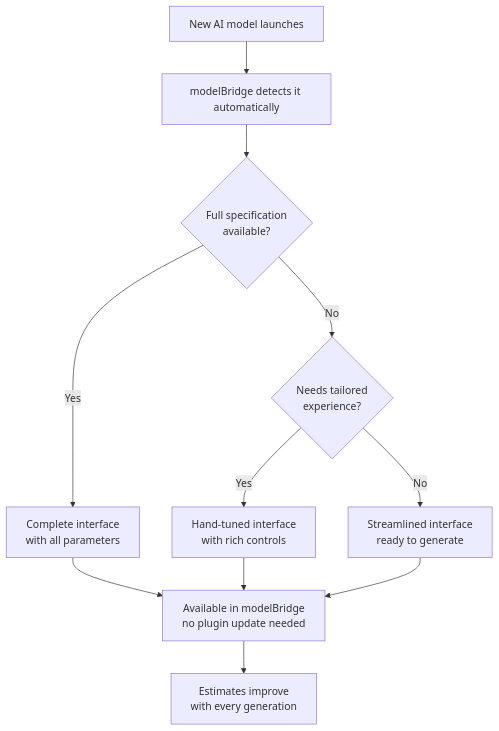
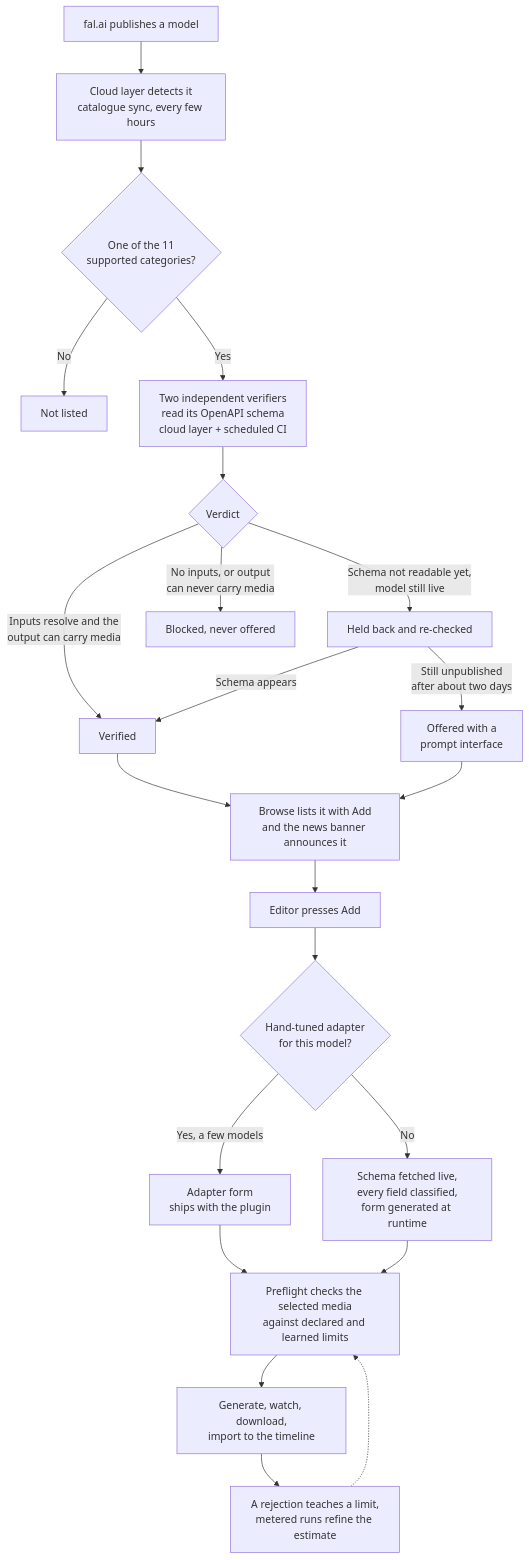
One commit to niklazhallberg/modelbridge-plugin-showcase changed the diagram in ARCHITECTURE.md. Above: the diagram before and after it, drawn with Mermaid. The commit also changed other lines of this file and 1 other file, not shown here.

First line of the commit message:
docs(architecture): the discovery pipeline as the code runs it, and every claim re-checked

````diff
--- a/ARCHITECTURE.md
+++ b/ARCHITECTURE.md
@@ -49,13 +52,24 @@
 ```mermaid
 flowchart TD
-    A["New AI model launches"] --> B["modelBridge detects it automatically"]
-    B --> C{"Full specification\navailable?"}
-    C -->|Yes| D["Complete interface\nwith all parameters"]
-    C -->|No| E{"Needs tailored\nexperience?"}
-    E -->|Yes| F["Hand-tuned interface\nwith rich controls"]
-    E -->|No| G["Streamlined interface\nready to generate"]
-    D --> H["Available in modelBridge\nno plugin update needed"]
-    F --> H
-    G --> H
-    H --> I["Estimates improve\nwith every generation"]
+    A["fal.ai publishes a model"] --> B["Cloud layer detects it<br/>catalogue sync, every few hours"]
+    B --> C{"One of the 11<br/>supported categories?"}
+    C -->|No| X["Not listed"]
+    C -->|Yes| D["Two independent verifiers<br/>read its OpenAPI schema<br/>cloud layer + scheduled CI"]
+    D --> E{"Verdict"}
+    E -->|"Inputs resolve and the<br/>output can carry media"| F["Verified"]
+    E -->|"Schema not readable yet,<br/>model still live"| G["Held back and re-checked"]
+    E -->|"No inputs, or output<br/>can never carry media"| Y["Blocked, never offered"]
+    G -->|"Schema appears"| F
+    G -->|"Still unpublished<br/>after about two days"| P["Offered with a<br/>prompt interface"]
+    F --> H["Browse lists it with Add<br/>and the news banner announces it"]
+    P --> H
+    H --> I["Editor presses Add"]
+    I --> J{"Hand-tuned adapter<br/>for this model?"}
+    J -->|"Yes, a few models"| K["Adapter form<br/>ships with the plugin"]
+    J -->|No| L["Schema fetched live,<br/>every field classified,<br/>form generated at runtime"]
+    K --> M["Preflight checks the selected media<br/>against declared and learned limits"]
+    L --> M
+    M --> N["Generate, watch, download,<br/>import to the timeline"]
+    N --> O["A rejection teaches a limit,<br/>metered runs refine the estimate"]
+    O -.-> M
 ```
````
